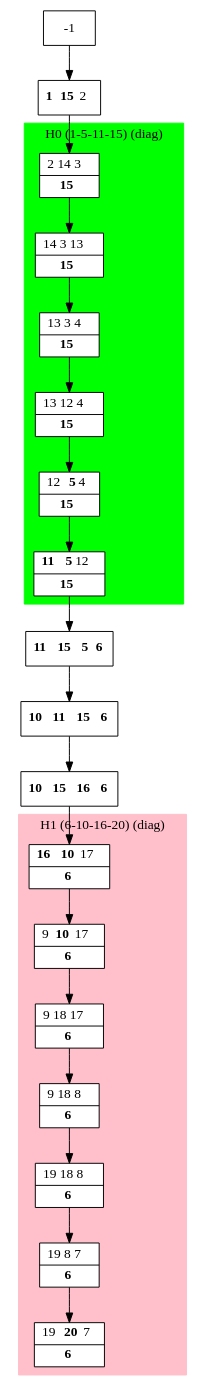
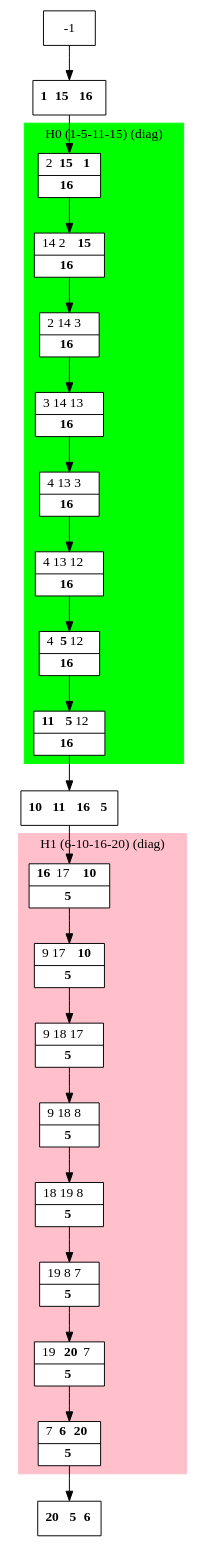
The diagram in results/dot_files/processed_H.dot (bmarchand/auto-dp), drawn with Graphviz before and after one commit. The commit also changed 31 other files, not shown here.

```diff
--- a/results/dot_files/processed_H.dot
+++ b/results/dot_files/processed_H.dot
@@ -1,42 +1,43 @@
 digraph G {
     node [shape=box];
     subgraph cluster0 {
         node [style=filled,fillcolor=white];
         labeljust="l";
         style=filled;
         color=lime;
-        H0_1 -> H0_3 -> H0_4 -> H0_5 -> H0_6 -> H0_7;
+        H0_0 -> H0_1 -> H0_2 -> H0_3 -> H0_4 -> H0_5 -> H0_6 -> H0_7;
         label="H0 (1-5-11-15) (diag)";
     }
     subgraph cluster1 {
         node [style=filled,fillcolor=white];
         labeljust="l";
         style=filled;
         color=pink;
-        H1_7 -> H1_6 -> H1_5 -> H1_4 -> H1_3 -> H1_2 -> H1_1;
+        H1_7 -> H1_6 -> H1_5 -> H1_4 -> H1_3 -> H1_2 -> H1_1 -> H1_0;
         label="H1 (6-10-16-20) (diag)";
     }
-     1 [shape=record,label= <{ <b>1</b> <b>15</b> 2}> ];
+     1 [shape=record,label= <{ <b>1</b> <b>15</b> <b>16</b>}> ];
      -1  ->  1;
-     H0_1 [shape=record,label= <{ 2 14 3|  <b>15</b>}> ];
-     1  ->  H0_1;
-     H0_3 [shape=record,label= <{ 14 3 13|  <b>15</b>}> ];
-     H0_4 [shape=record,label= <{ 13 3 4|  <b>15</b>}> ];
-     H0_5 [shape=record,label= <{ 13 12 4|  <b>15</b>}> ];
-     H0_6 [shape=record,label= <{ 12 <b>5</b> 4|  <b>15</b>}> ];
-     H0_7 [shape=record,label= <{ <b>11</b> <b>5</b> 12|  <b>15</b>}> ];
-     9 [shape=record,label= <{ <b>11</b> <b>15</b> <b>5</b> <b>6</b>}> ];
-     H0_7  ->  9;
-     10 [shape=record,label= <{ <b>10</b> <b>11</b> <b>15</b> <b>6</b>}> ];
-     9  ->  10;
-     11 [shape=record,label= <{ <b>10</b> <b>15</b> <b>16</b> <b>6</b>}> ];
-     10  ->  11;
-     H1_7 [shape=record,label= <{ <b>16</b> <b>10</b> 17|  <b>6</b>}> ];
-     11  ->  H1_7;
-     H1_6 [shape=record,label= <{ 9 <b>10</b> 17|  <b>6</b>}> ];
-     H1_5 [shape=record,label= <{ 9 18 17|  <b>6</b>}> ];
-     H1_4 [shape=record,label= <{ 9 18 8|  <b>6</b>}> ];
-     H1_3 [shape=record,label= <{ 19 18 8|  <b>6</b>}> ];
-     H1_2 [shape=record,label= <{ 19 8 7|  <b>6</b>}> ];
-     H1_1 [shape=record,label= <{ 19 <b>20</b> 7|  <b>6</b>}> ];
+     H0_0 [shape=record,label= <{ 2 <b>15</b> <b>1</b>|  <b>16</b>}> ];
+     1  ->  H0_0;
+     H0_1 [shape=record,label= <{ 14 2 <b>15</b>|  <b>16</b>}> ];
+     H0_2 [shape=record,label= <{ 2 14 3|  <b>16</b>}> ];
+     H0_3 [shape=record,label= <{ 3 14 13|  <b>16</b>}> ];
+     H0_4 [shape=record,label= <{ 4 13 3|  <b>16</b>}> ];
+     H0_5 [shape=record,label= <{ 4 13 12|  <b>16</b>}> ];
+     H0_6 [shape=record,label= <{ 4 <b>5</b> 12|  <b>16</b>}> ];
+     H0_7 [shape=record,label= <{ <b>11</b> <b>5</b> 12|  <b>16</b>}> ];
+     5 [shape=record,label= <{ <b>10</b> <b>11</b> <b>16</b> <b>5</b>}> ];
+     H0_7  ->  5;
+     H1_7 [shape=record,label= <{ <b>16</b> 17 <b>10</b>|  <b>5</b>}> ];
+     5  ->  H1_7;
+     H1_6 [shape=record,label= <{ 9 17 <b>10</b>|  <b>5</b>}> ];
+     H1_5 [shape=record,label= <{ 9 18 17|  <b>5</b>}> ];
+     H1_4 [shape=record,label= <{ 9 18 8|  <b>5</b>}> ];
+     H1_3 [shape=record,label= <{ 18 19 8|  <b>5</b>}> ];
+     H1_2 [shape=record,label= <{ 19 8 7|  <b>5</b>}> ];
+     H1_1 [shape=record,label= <{ 19 <b>20</b> 7|  <b>5</b>}> ];
+     H1_0 [shape=record,label= <{ 7 <b>6</b> <b>20</b>|  <b>5</b>}> ];
+     shift_16 [shape=record,label= <{ <b>20</b> <b>5</b> <b>6</b>}> ];
+     H1_0  ->  shift_16;
 }
```
